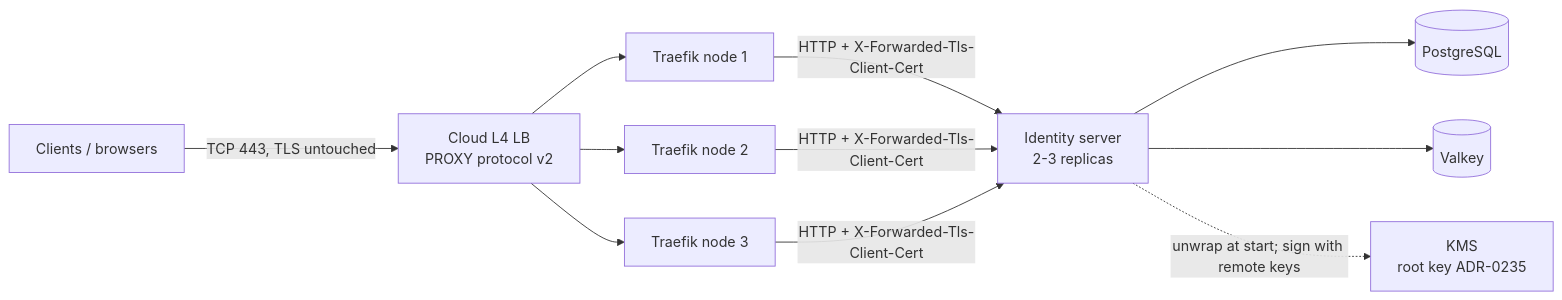
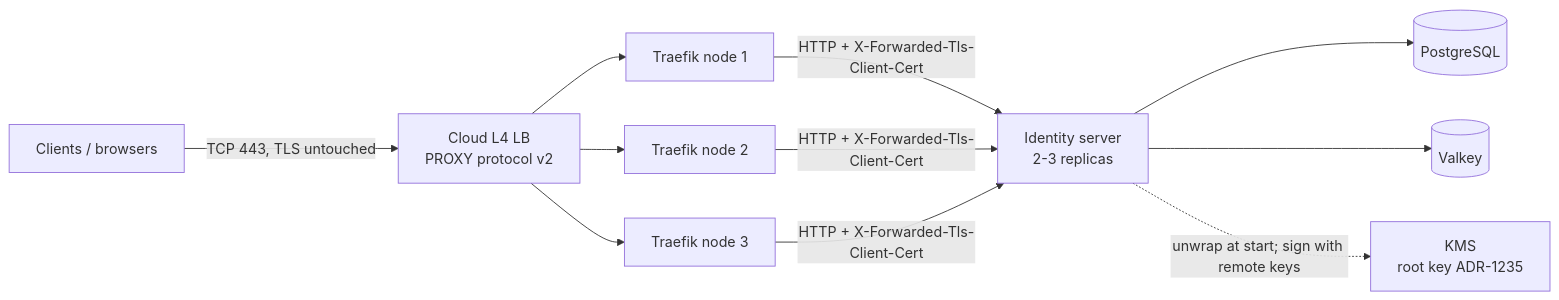
The diagram in docs/hosting-analysis.md (NCodeGroup/Identity), drawn with Mermaid before and after one commit. The commit also changed other lines of this file and 1442 other files, not shown here.

````diff
--- a/docs/hosting-analysis.md
+++ b/docs/hosting-analysis.md
@@ -139,11 +139,11 @@
 ```mermaid
 flowchart LR
     C[Clients / browsers] -->|TCP 443, TLS untouched| LB[Cloud L4 LB<br/>PROXY protocol v2]
     LB --> T1[Traefik node 1]
     LB --> T2[Traefik node 2]
     LB --> T3[Traefik node 3]
     T1 & T2 & T3 -->|HTTP + X-Forwarded-Tls-Client-Cert| API[Identity server<br/>2-3 replicas]
     API --> PG[(PostgreSQL)]
     API --> VK[(Valkey)]
-    API -.->|unwrap at start; sign with remote keys| KMS[KMS<br/>root key ADR-0235]
+    API -.->|unwrap at start; sign with remote keys| KMS[KMS<br/>root key ADR-1235]
 ```
````
